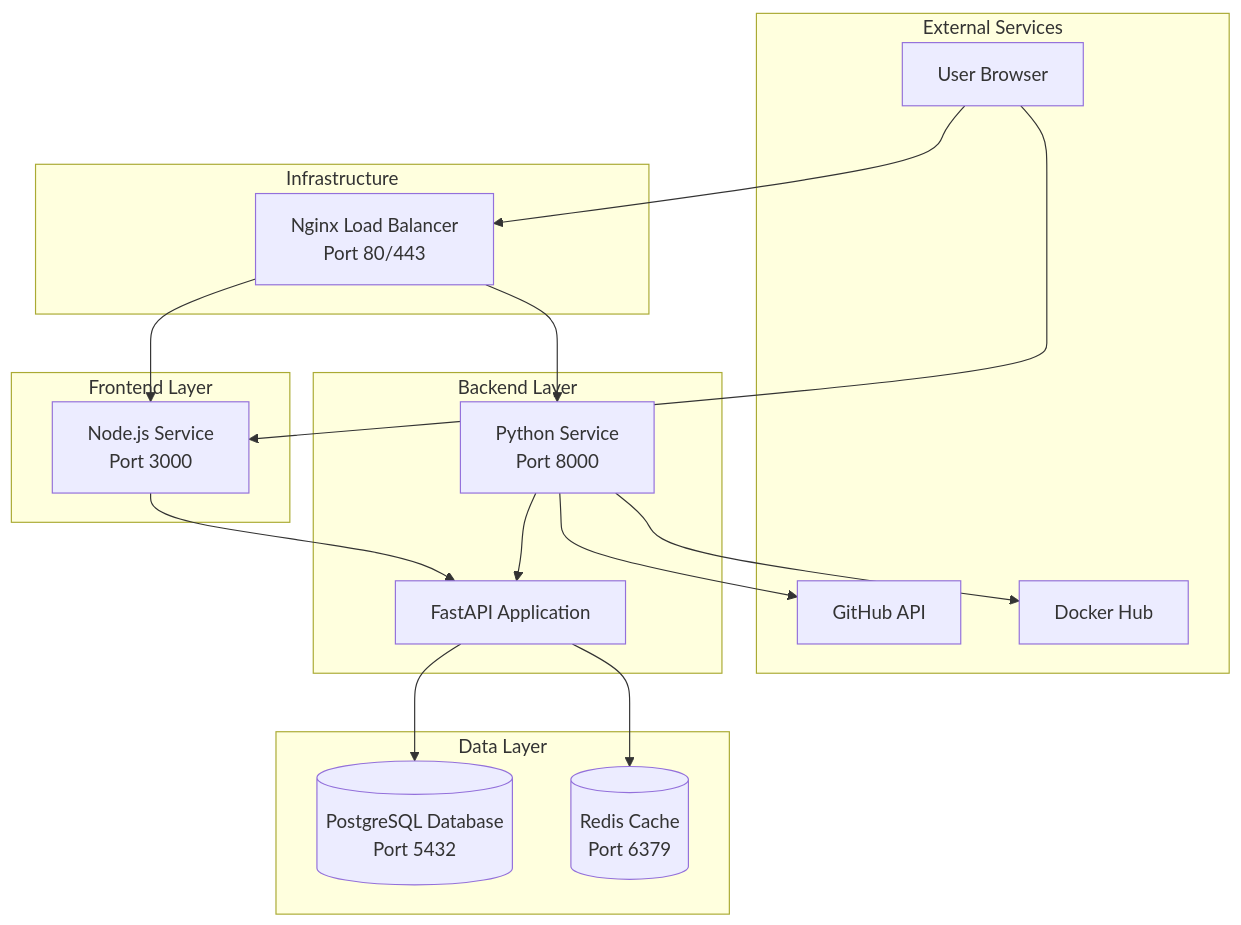
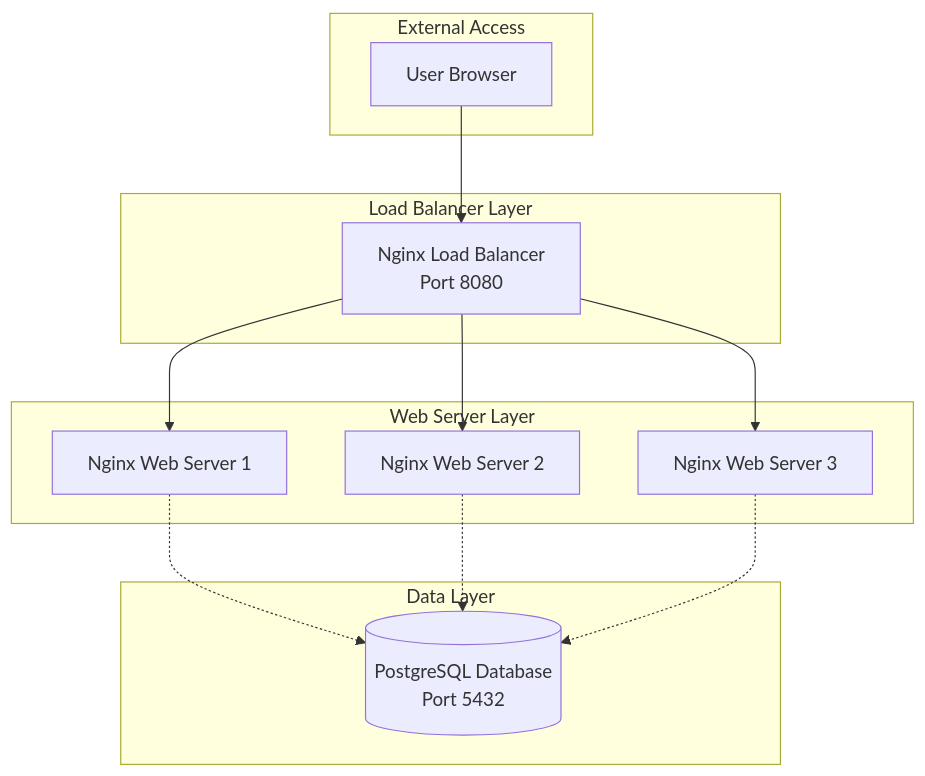
One commit to DeanLuus22021994/docker_dotfiles changed the diagram in docs/architecture.md. Above: the diagram before and after it, drawn with Mermaid. The commit also changed other lines of this file and 145 other files, not shown here.

First line of the commit message:
feat(cluster): add production-ready nginx load-balanced cluster and remove legacy .docker-compose examples

````diff
--- a/docs/architecture.md
+++ b/docs/architecture.md
@@ -7,37 +7,28 @@
 ```mermaid
 graph TB
-    subgraph "External Services"
+    subgraph "External Access"
         User[User Browser]
-        GitHub[GitHub API]
-        Docker[Docker Hub]
     end
 
-    subgraph "Frontend Layer"
-        Node[Node.js Service<br/>Port 3000]
+    subgraph "Load Balancer Layer"
+        LB[Nginx Load Balancer<br/>Port 8080]
     end
 
-    subgraph "Backend Layer"
-        Python[Python Service<br/>Port 8000]
-        API[FastAPI Application]
+    subgraph "Web Server Layer"
+        Web1[Nginx Web Server 1]
+        Web2[Nginx Web Server 2]
+        Web3[Nginx Web Server 3]
     end
 
     subgraph "Data Layer"
         PostgreSQL[(PostgreSQL Database<br/>Port 5432)]
-        Redis[(Redis Cache<br/>Port 6379)]
     end
 
-    subgraph "Infrastructure"
-        LoadBalancer[Nginx Load Balancer<br/>Port 80/443]
-    end
-
-    User --> Node
-    User --> LoadBalancer
-    LoadBalancer --> Node
-    LoadBalancer --> Python
-    Node --> API
-    Python --> API
-    API --> PostgreSQL
-    API --> Redis
-    Python --> GitHub
-    Python --> Docker
+    User --> LB
+    LB --> Web1
+    LB --> Web2
+    LB --> Web3
+    Web1 -.-> PostgreSQL
+    Web2 -.-> PostgreSQL
+    Web3 -.-> PostgreSQL
 ```
````
